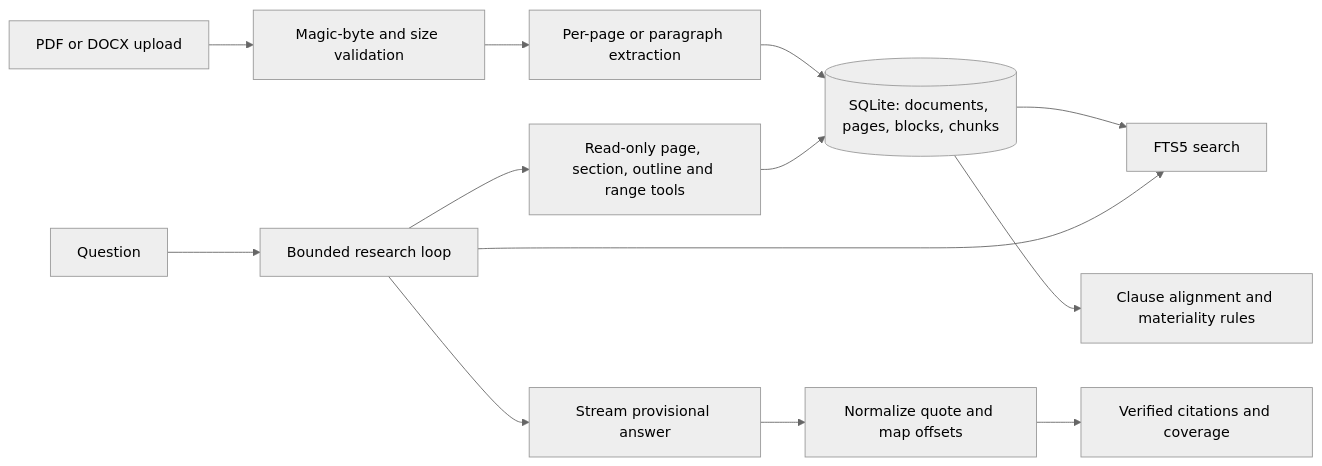
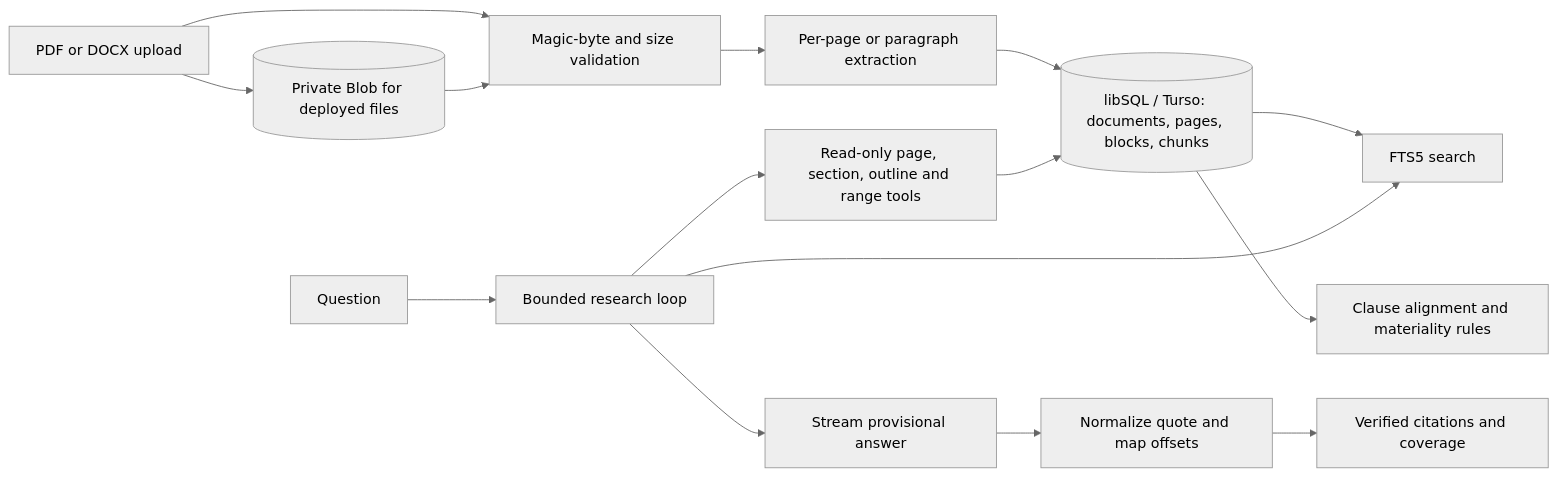
Before and after one commit to 9059Rohith/margin-contract-research: the diagram in docs/ARCHITECTURE.md, drawn with Mermaid (neutral theme). The commit also changed other lines of this file and 42 other files, not shown here.

````diff
--- a/docs/ARCHITECTURE.md
+++ b/docs/ARCHITECTURE.md
@@ -3,15 +3,17 @@
 ```mermaid
 flowchart LR
-  Upload[PDF or DOCX upload] --> Sniff[Magic-byte and size validation]
+  Upload[PDF or DOCX upload] --> Blob[(Private Blob for deployed files)]
+  Upload --> Sniff[Magic-byte and size validation]
+  Blob --> Sniff
   Sniff --> Extract[Per-page or paragraph extraction]
-  Extract --> Store[(SQLite: documents, pages, blocks, chunks)]
+  Extract --> Store[(libSQL / Turso: documents, pages, blocks, chunks)]
   Store --> FTS[FTS5 search]
   Question[Question] --> Agent[Bounded research loop]
   Agent --> FTS
   Agent --> Tools[Read-only page, section, outline and range tools]
   Tools --> Store
   Agent --> Draft[Stream provisional answer]
   Draft --> Verify[Normalize quote and map offsets]
   Verify --> Evidence[Verified citations and coverage]
   Store --> Compare[Clause alignment and materiality rules]
 ```
````
